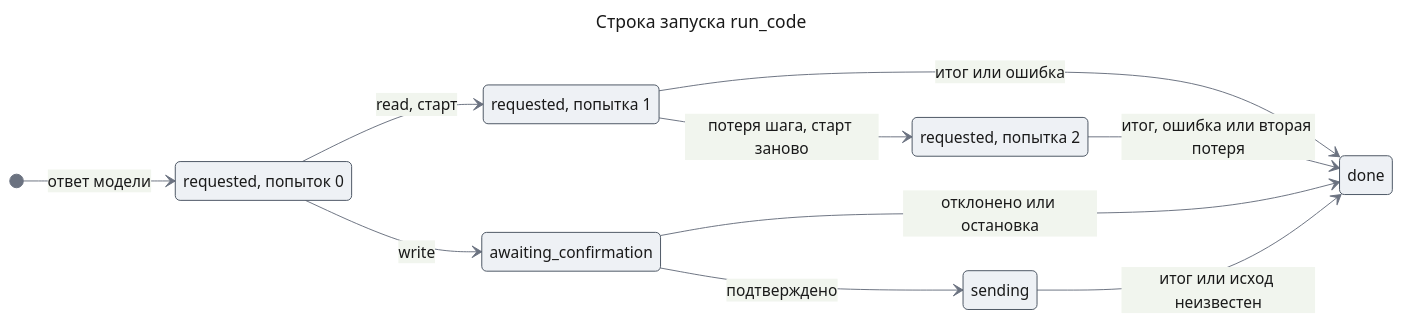
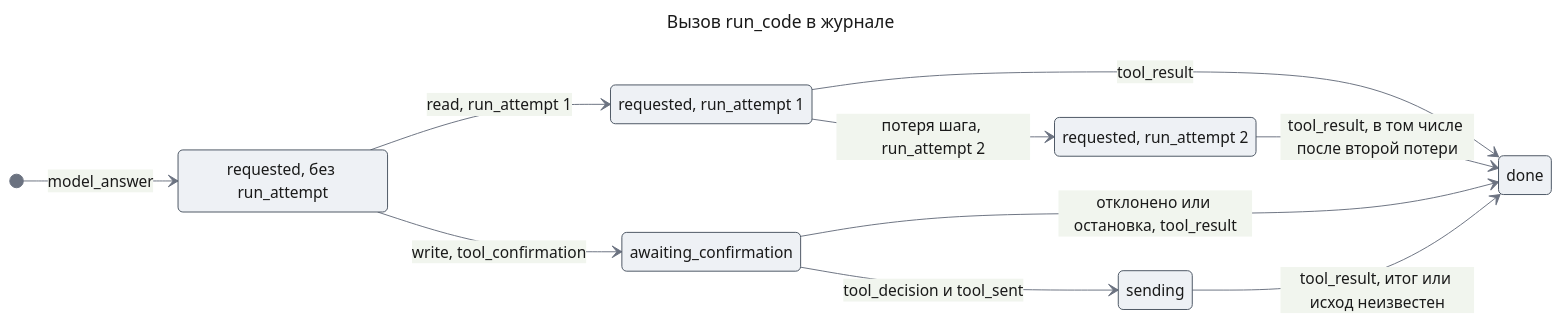
Diagram 11 of 11 in docs/features/code-execution/design-code-execution.md (tundraray/agent-os), drawn with Mermaid before and after one commit. The commit also changed other lines of this file and 420 other files, not shown here.

````diff
--- a/docs/features/code-execution/design-code-execution.md
+++ b/docs/features/code-execution/design-code-execution.md
@@ -886,30 +890,30 @@
 ```mermaid
 ---
-title: "Строка запуска run_code"
+title: "Вызов run_code в журнале"
 config:
   theme: base
   look: classic
   themeVariables:
     primaryColor: "#eef1f5"
     primaryBorderColor: "#4b5563"
     primaryTextColor: "#1a1a1a"
     lineColor: "#6b7280"
 ---
 stateDiagram-v2
     direction LR
-    state "requested, попыток 0" as r0
-    state "requested, попытка 1" as r1
-    state "requested, попытка 2" as r2
+    state "requested, без run_attempt" as r0
+    state "requested, run_attempt 1" as r1
+    state "requested, run_attempt 2" as r2
     state "awaiting_confirmation" as conf
     state "sending" as send
     state "done" as done
-    [*] --> r0: ответ модели
-    r0 --> r1: read, старт
-    r1 --> r2: потеря шага, старт заново
-    r1 --> done: итог или ошибка
-    r2 --> done: итог, ошибка или вторая потеря
-    r0 --> conf: write
-    conf --> send: подтверждено
-    conf --> done: отклонено или остановка
-    send --> done: итог или исход неизвестен
+    [*] --> r0: model_answer
+    r0 --> r1: read, run_attempt 1
+    r1 --> r2: потеря шага, run_attempt 2
+    r1 --> done: tool_result
+    r2 --> done: tool_result, в том числе после второй потери
+    r0 --> conf: write, tool_confirmation
+    conf --> send: tool_decision и tool_sent
+    conf --> done: отклонено или остановка, tool_result
+    send --> done: tool_result, итог или исход неизвестен
 ```
````
